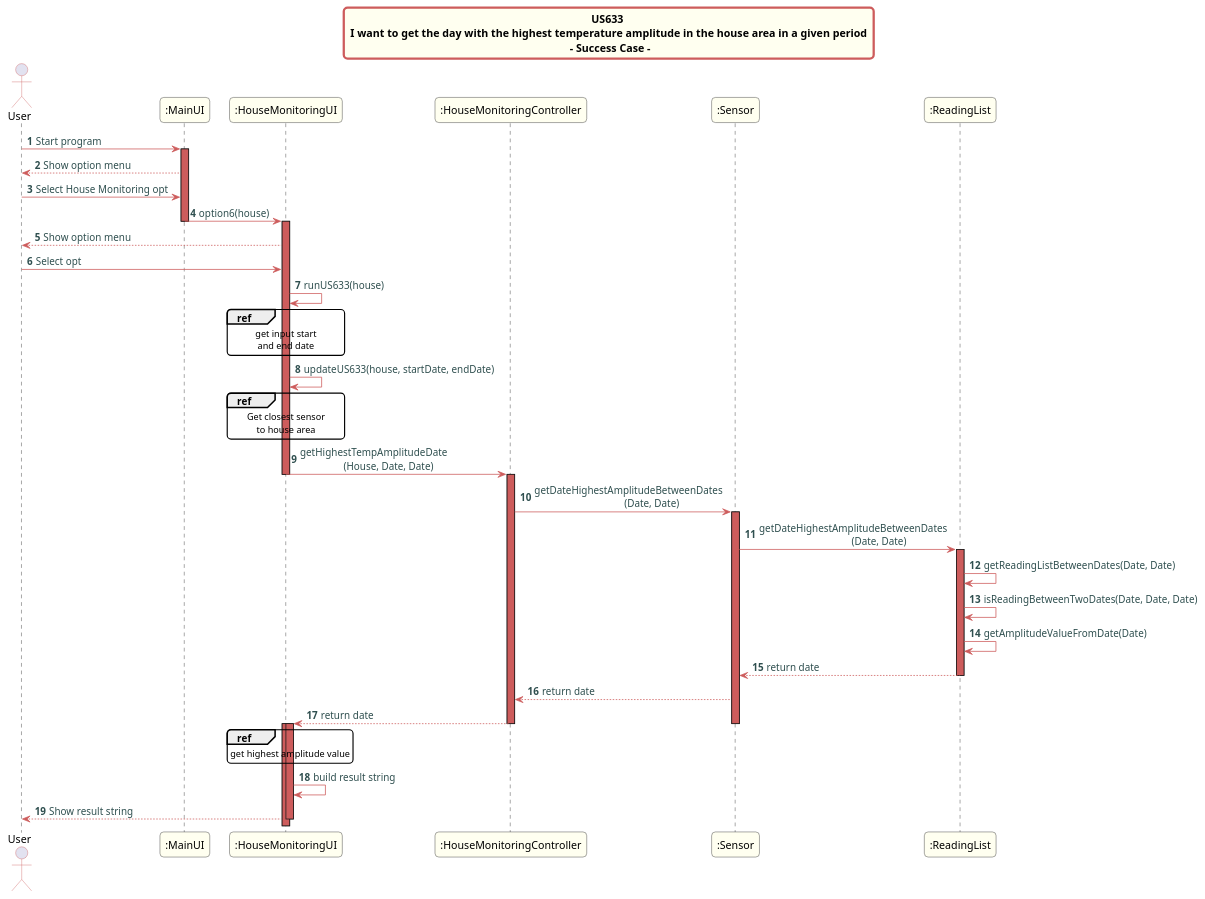
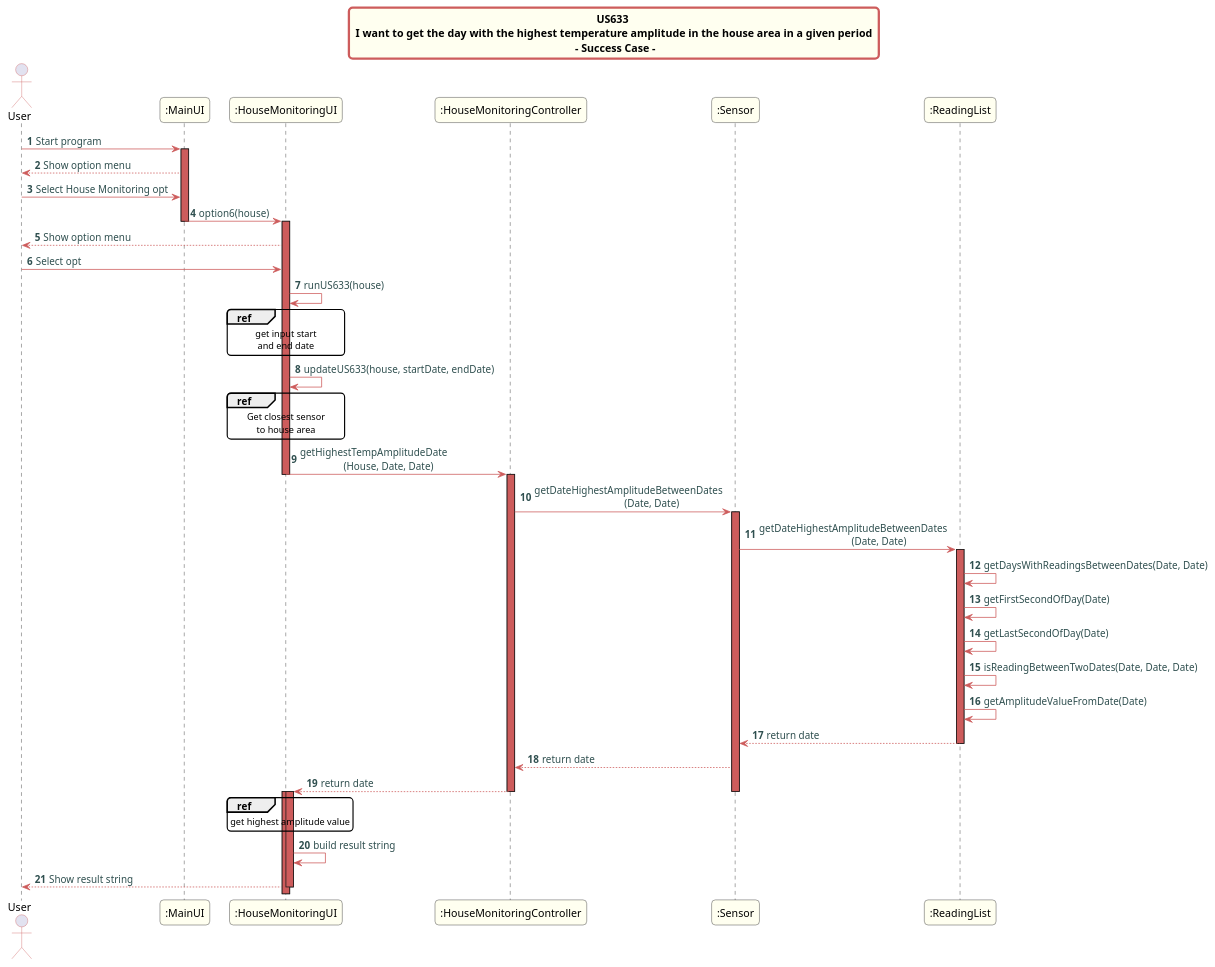
One commit to Almadanmp/project changed the diagram in src/doc/Controllers/HouseMonitoring/US633/US633_sd_HouseMonitoring.puml. Above: the diagram before and after it, drawn with PlantUML. The commit also changed 7 other files, not shown here.

```diff
--- a/src/doc/Controllers/HouseMonitoring/US633/US633_sd_HouseMonitoring.puml
+++ b/src/doc/Controllers/HouseMonitoring/US633/US633_sd_HouseMonitoring.puml
@@ -1,92 +1,94 @@
 @startuml
 skinparam titleBorderRoundCorner 10
 skinparam titleBorderThickness 3
 skinparam titleBorderColor indianred
 skinparam titleBackgroundColor ivory
 skinparam FontName quicksand
 
 
 skinparam actor {
   BorderColor indianred
   }
 
 skinparam sequence {
   LifeLineBackgroundColor indianred
   ParticipantBackgroundColor ivory
 }
 
 skinparam roundcorner 10
 
 skinparam component {
   arrowThickness 1
   ArrowFontName Verdana
   ArrowColor indianred
   ArrowFontColor darkslategrey
 }
 
 title US633 \n I want to get the day with the highest temperature amplitude in the house area in a given period \n - Success Case -
 
 autonumber
 
 actor User
 
 User -> ":MainUI": Start program
 activate ":MainUI"
 
 ":MainUI" --> User: Show option menu
 User-> ":MainUI": Select House Monitoring opt
 ":MainUI" -> ":HouseMonitoringUI": option6(house)
 deactivate ":MainUI"
 activate ":HouseMonitoringUI"
 ":HouseMonitoringUI" --> User: Show option menu
 User -> ":HouseMonitoringUI": Select opt
 ":HouseMonitoringUI" -> ":HouseMonitoringUI": runUS633(house)
 
 ref over ":HouseMonitoringUI"
 get input start
 and end date
 end ref
 
 ":HouseMonitoringUI" -> ":HouseMonitoringUI": updateUS633(house, startDate, endDate)
 ref over ":HouseMonitoringUI"
 Get closest sensor
 to house area
 end ref
 
 ":HouseMonitoringUI" -> ":HouseMonitoringController": getHighestTempAmplitudeDate\n                 (House, Date, Date)
 deactivate ":HouseMonitoringUI"
 activate ":HouseMonitoringController"
 ":HouseMonitoringController" -> ":Sensor": getDateHighestAmplitudeBetweenDates\n                                   (Date, Date)
 
 activate ":Sensor"
 
 ":Sensor" -> ":ReadingList": getDateHighestAmplitudeBetweenDates\n                                    (Date, Date)
 activate ":ReadingList"
 
-":ReadingList"->":ReadingList": getReadingListBetweenDates(Date, Date)
+":ReadingList"->":ReadingList": getDaysWithReadingsBetweenDates(Date, Date)
+":ReadingList"->":ReadingList": getFirstSecondOfDay(Date)
+":ReadingList"->":ReadingList": getLastSecondOfDay(Date)
 ":ReadingList"->":ReadingList": isReadingBetweenTwoDates(Date, Date, Date)
 ":ReadingList"->":ReadingList": getAmplitudeValueFromDate(Date)
 ":ReadingList" --> ":Sensor": return date
 deactivate ":ReadingList"
 ":Sensor" --> ":HouseMonitoringController": return date
 ":HouseMonitoringController" --> ":HouseMonitoringUI": return date
 deactivate ":Sensor"
 deactivate ":HouseMonitoringController"
 activate ":HouseMonitoringUI"
 
 ref over ":HouseMonitoringUI"
 get highest amplitude value
 end ref
 
 deactivate ":HouseMonitoringController"
 activate ":HouseMonitoringUI"
 
 ":HouseMonitoringUI" -> ":HouseMonitoringUI": build result string
 
 ":HouseMonitoringUI" --> User: Show result string
 deactivate ":HouseMonitoringUI"
 
 deactivate ":MainUI"
 
 
 @enduml
```
